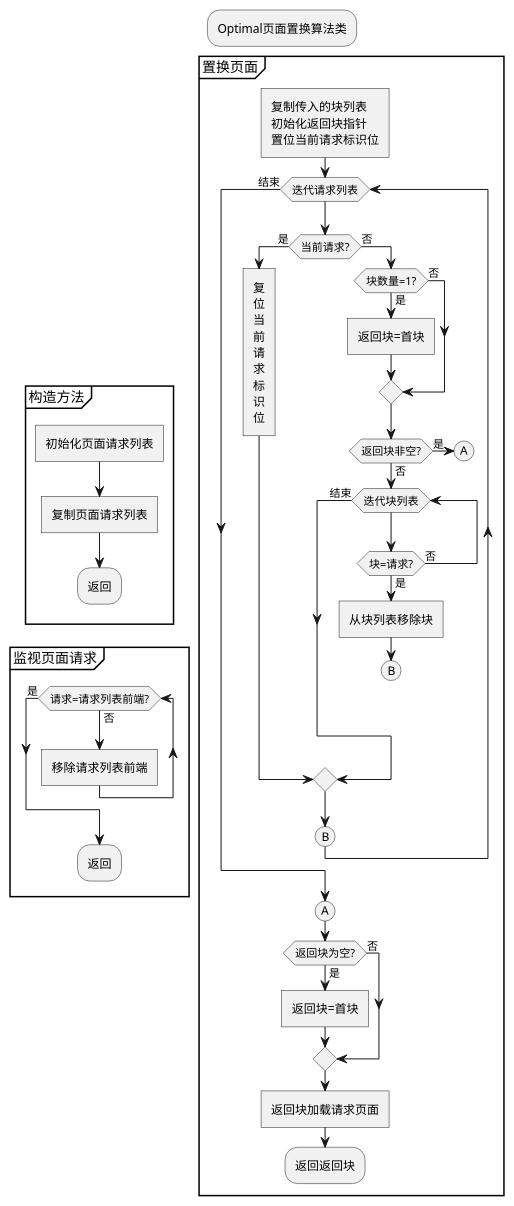
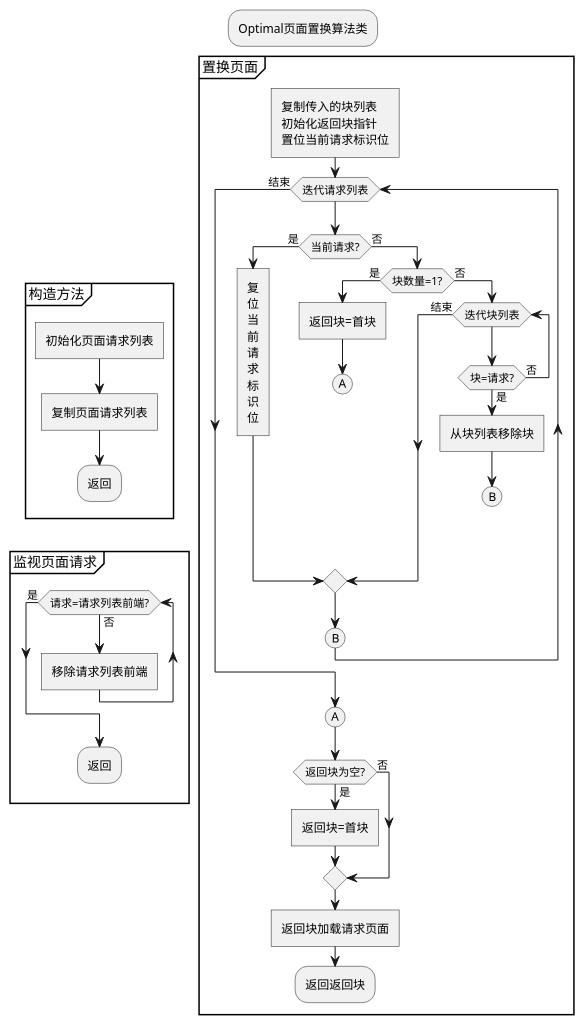
The diagram in doc/OptimalFlow.puml (henryL1N/page-replace), drawn with PlantUML before and after one commit. The commit also changed 2 other files, not shown here.

```diff
--- a/doc/OptimalFlow.puml
+++ b/doc/OptimalFlow.puml
@@ -1,67 +1,64 @@
 @startuml
 :Optimal页面置换算法类;
 detach
 split
     -[hidden]->
     partition 构造方法 {
         :初始化页面请求列表]
         :复制页面请求列表]
         :返回;
         detach
     }
     partition 监视页面请求 {
         while(请求=请求列表前端?)is(否)
             :移除请求列表前端]
         endwhile(是)
         :返回;
         detach
     }
 split again
     -[hidden]->
     partition 置换页面 {
         :复制传入的块列表
         初始化返回块指针
         置位当前请求标识位]
         while(迭代请求列表)is( )
             if(当前请求?)then(是)
                 :复
                 位
                 当
                 前
                 请
                 求
                 标
                 识
                 位]
             else(否)
                 if(块数量=1?)then(是)
                     :返回块=首块]
-                else(否)
-                endif
-                if(返回块非空?)then(是)
                     (A)
                     detach
                 else(否)
                     while(迭代块列表)is( )
                         if(块=请求?)then(是)
                             :从块列表移除块]
                             (B)
                             detach
                         else(否)
                         endif
                     endwhile(结束)
                 endif
             endif
         (B)
         endwhile(结束)
         (A)
         if(返回块为空?)then(是)
             :返回块=首块]
         else(否)
         endif
         :返回块加载请求页面]
         :返回返回块;
         detach
     }
 end split
 @enduml
```
